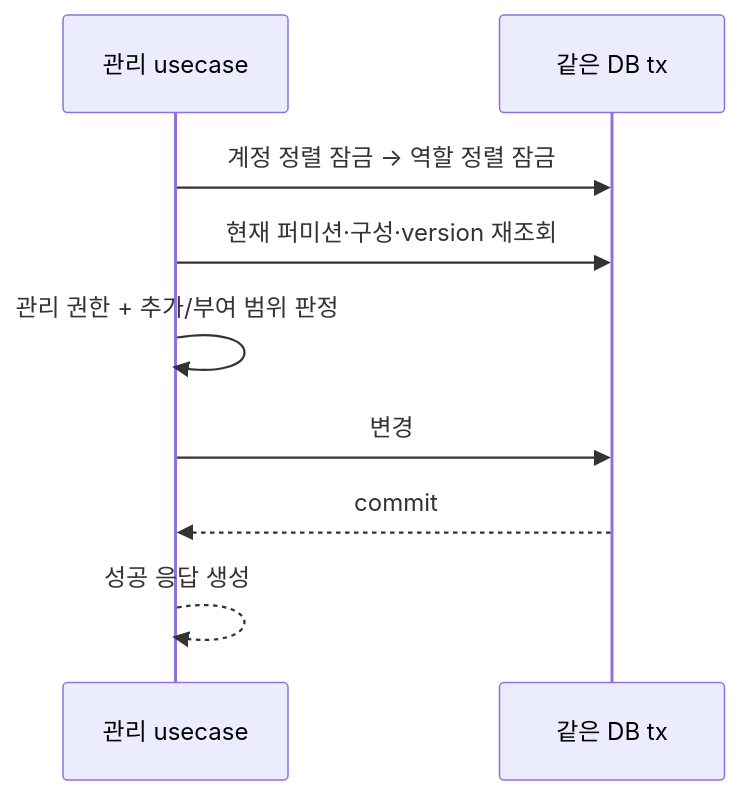
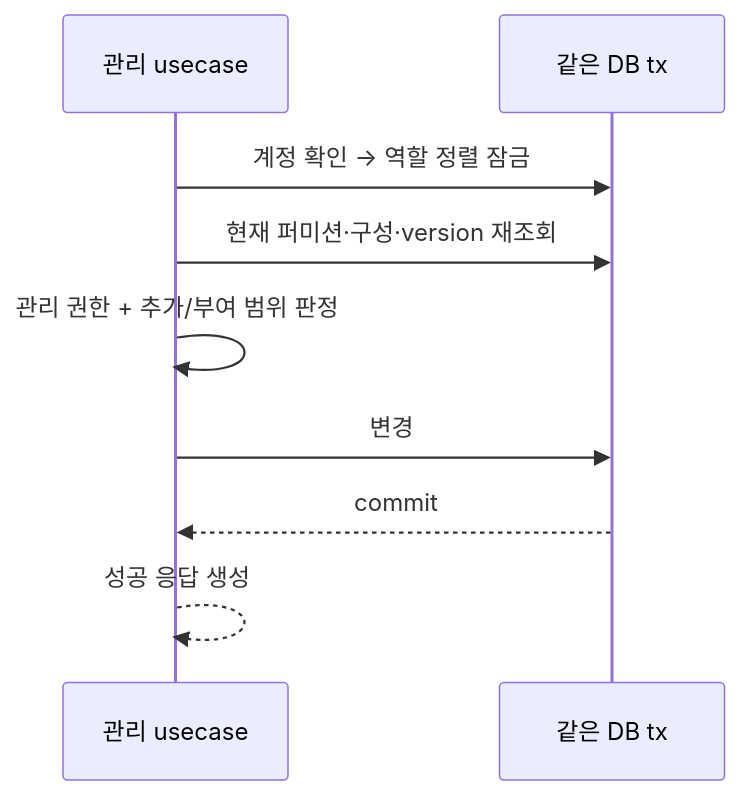
The third of 3 diagrams in docs/specs/rbac/manage-access/plan.md (ghtak/tlab), drawn with Mermaid before and after one commit. The commit also changed other lines of this file and 25 other files, not shown here.

````diff
--- a/docs/specs/rbac/manage-access/plan.md
+++ b/docs/specs/rbac/manage-access/plan.md
@@ -267,11 +289,11 @@
 ```mermaid
 sequenceDiagram
     participant U as 관리 usecase
     participant T as 같은 DB tx
-    U->>T: 계정 정렬 잠금 → 역할 정렬 잠금
+    U->>T: 계정 확인 → 역할 정렬 잠금
     U->>T: 현재 퍼미션·구성·version 재조회
     U->>U: 관리 권한 + 추가/부여 범위 판정
     U->>T: 변경
     T-->>U: commit
     U-->>U: 성공 응답 생성
 ```
````
